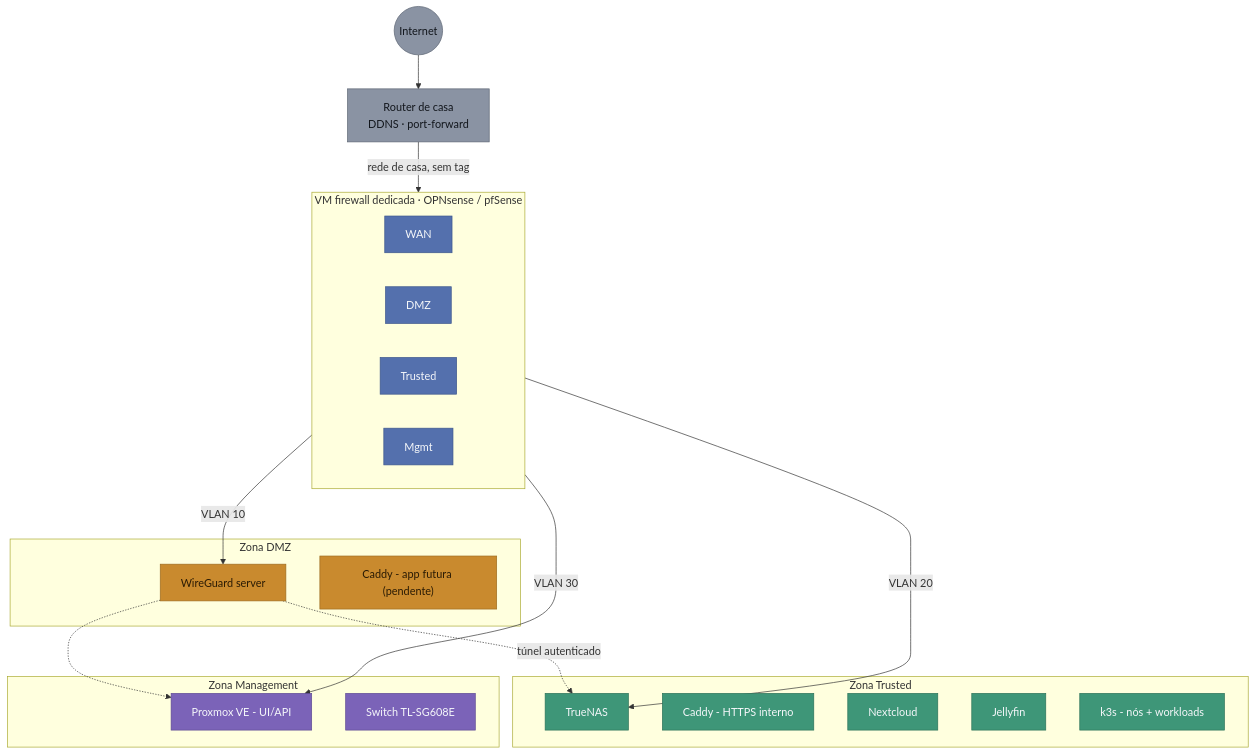
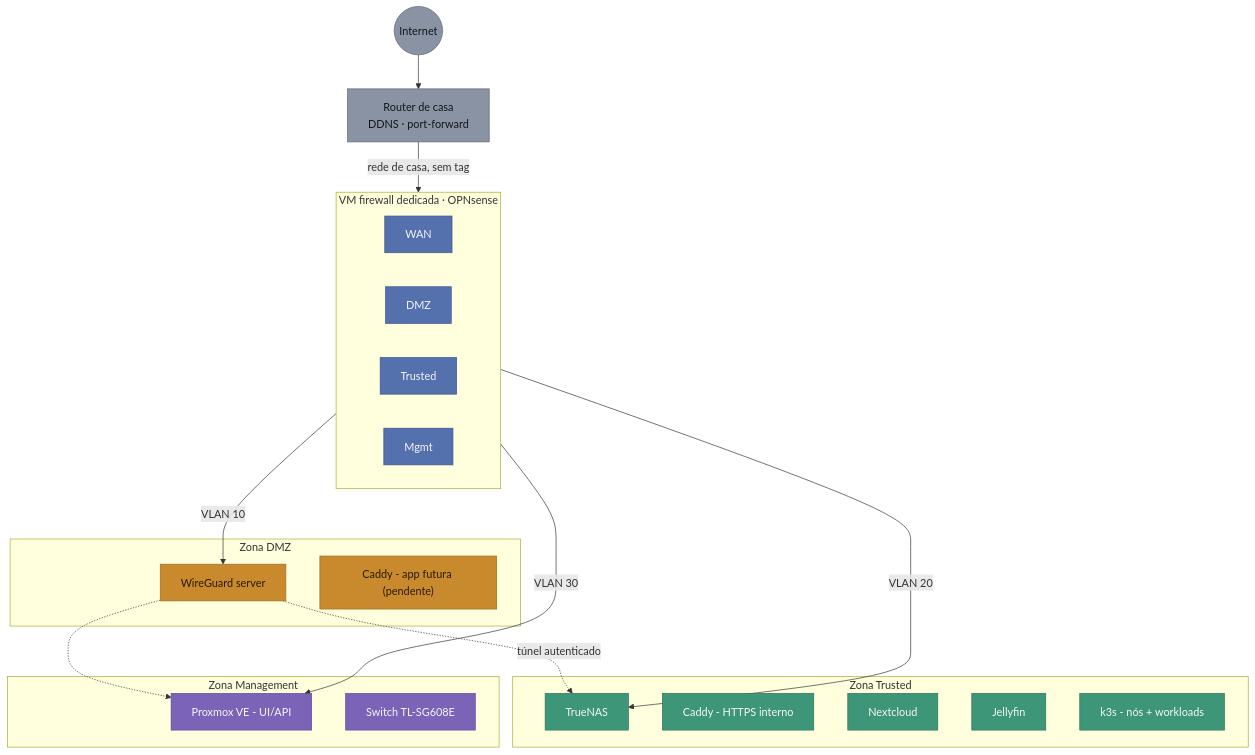
The second of 2 diagrams in docs/ESQUEMA_LOGICO_REDE.md (RuiGRMargarido/homelab), drawn with Mermaid before and after one commit. The commit also changed other lines of this file and 2 other files, not shown here.

````diff
--- a/docs/ESQUEMA_LOGICO_REDE.md
+++ b/docs/ESQUEMA_LOGICO_REDE.md
@@ -7,46 +104,46 @@
 ```mermaid
 flowchart TB
     INT(("Internet")):::neut
     ROUTER["Router de casa<br/>DDNS · port-forward"]:::neut
     INT --> ROUTER
     ROUTER -- "rede de casa, sem tag" --> FWWAN
 
-    subgraph FW["VM firewall dedicada · OPNsense / pfSense"]
+    subgraph FW["VM firewall dedicada · OPNsense"]
         direction LR
         FWWAN["WAN"]:::fw
         FWDMZ["DMZ"]:::fw
         FWTRU["Trusted"]:::fw
         FWMGM["Mgmt"]:::fw
     end
 
     FWDMZ -- "VLAN 10" --> WG
     FWTRU -- "VLAN 20" --> TN
     FWMGM -- "VLAN 30" --> PVE
 
     subgraph DMZ["Zona DMZ"]
         WG["WireGuard server"]:::dmz
         FUT["Caddy - app futura (pendente)"]:::dmz
     end
 
     subgraph TRUSTED["Zona Trusted"]
         TN["TrueNAS"]:::tru
         CADDY["Caddy - HTTPS interno"]:::tru
         NC["Nextcloud"]:::tru
         JF["Jellyfin"]:::tru
         K3S["k3s - nós + workloads"]:::tru
     end
 
     subgraph MGMT["Zona Management"]
         PVE["Proxmox VE - UI/API"]:::mgmt
         SWG["Switch TL-SG608E"]:::mgmt
     end
 
     WG -. "túnel autenticado" .-> TN
     WG -.-> PVE
 
     classDef neut fill:#8A93A3,stroke:#5B6472,color:#12161C
     classDef fw fill:#5470AD,stroke:#3C568C,color:#F5F7FA
     classDef dmz fill:#C98A2E,stroke:#9C6B1F,color:#2A1B04
     classDef tru fill:#3E9678,stroke:#2C7259,color:#F5F7FA
     classDef mgmt fill:#7B63B8,stroke:#5E4A93,color:#F5F7FA
 ```
````
